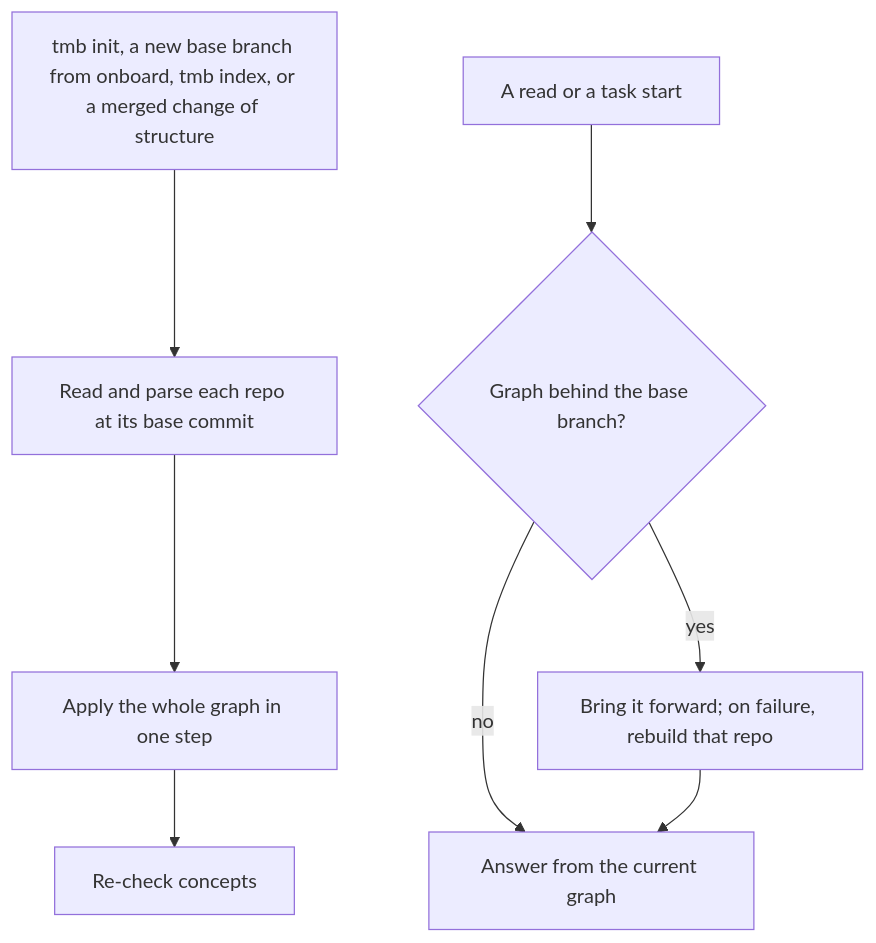
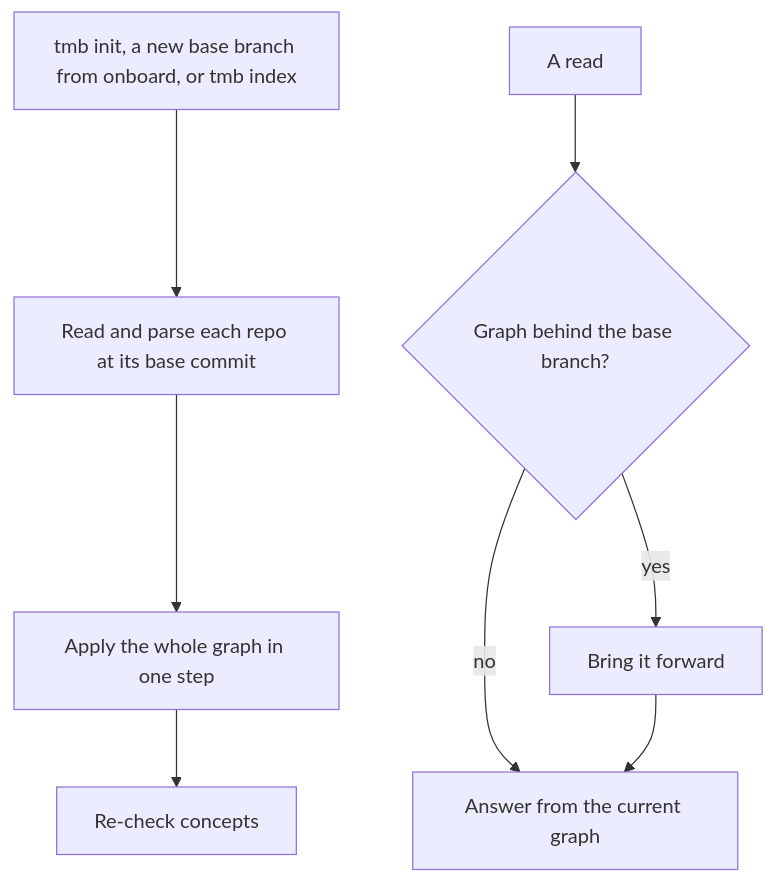
Before and after one commit to trustmybot/tmb: the diagram in docs/architecture/CODE_GRAPH.md, drawn with Mermaid. The commit also changed other lines of this file and 7 other files, not shown here.

````diff
--- a/docs/architecture/CODE_GRAPH.md
+++ b/docs/architecture/CODE_GRAPH.md
@@ -32,10 +32,10 @@
 ```mermaid
 flowchart TD
-    A[tmb init, a new base branch from onboard, tmb index, or a merged change of structure] --> B[Read and parse each repo at its base commit]
+    A[tmb init, a new base branch from onboard, or tmb index] --> B[Read and parse each repo at its base commit]
     B --> C[Apply the whole graph in one step]
     C --> D[Re-check concepts]
-    E[A read or a task start] --> F{Graph behind the base branch?}
-    F -- yes --> G[Bring it forward; on failure, rebuild that repo]
+    E[A read] --> F{Graph behind the base branch?}
+    F -- yes --> G[Bring it forward]
     F -- no --> H[Answer from the current graph]
     G --> H
 ```
````
